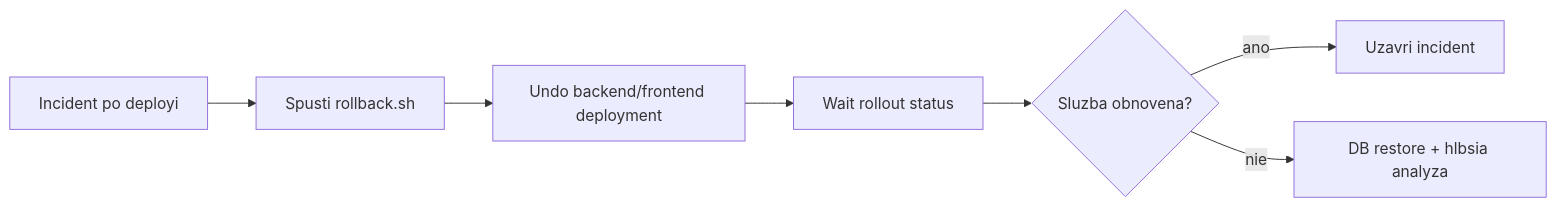
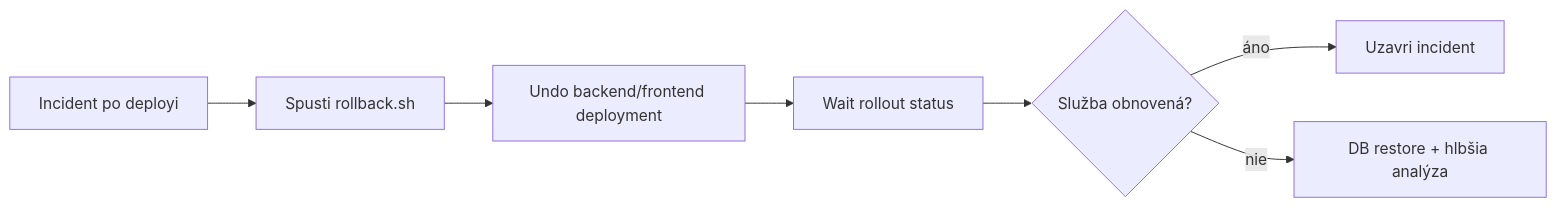
One commit to xsugra/cistafirma.sk changed the second of 2 diagrams in docs/DEPLOYMENT_RUNBOOK.md. Above: the diagram before and after it, drawn with Mermaid. The commit also changed other lines of this file and 36 other files, not shown here.

````diff
--- a/docs/DEPLOYMENT_RUNBOOK.md
+++ b/docs/DEPLOYMENT_RUNBOOK.md
@@ -58,9 +56,9 @@
 ```mermaid
 flowchart LR
     A[Incident po deployi] --> B[Spusti rollback.sh]
     B --> C[Undo backend/frontend deployment]
     C --> D[Wait rollout status]
-    D --> E{Sluzba obnovena?}
-    E -- ano --> F[Uzavri incident]
-    E -- nie --> G[DB restore + hlbsia analyza]
+    D --> E{Služba obnovená?}
+    E -- áno --> F[Uzavri incident]
+    E -- nie --> G[DB restore + hlbšia analýza]
 ```
````
